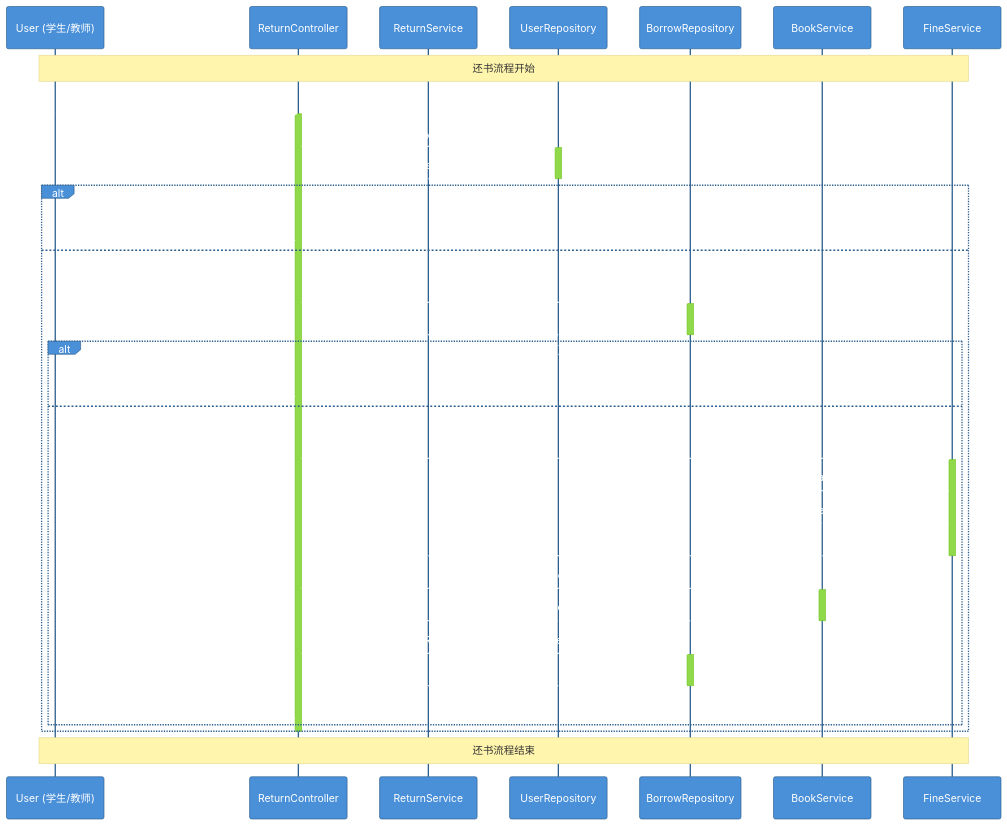
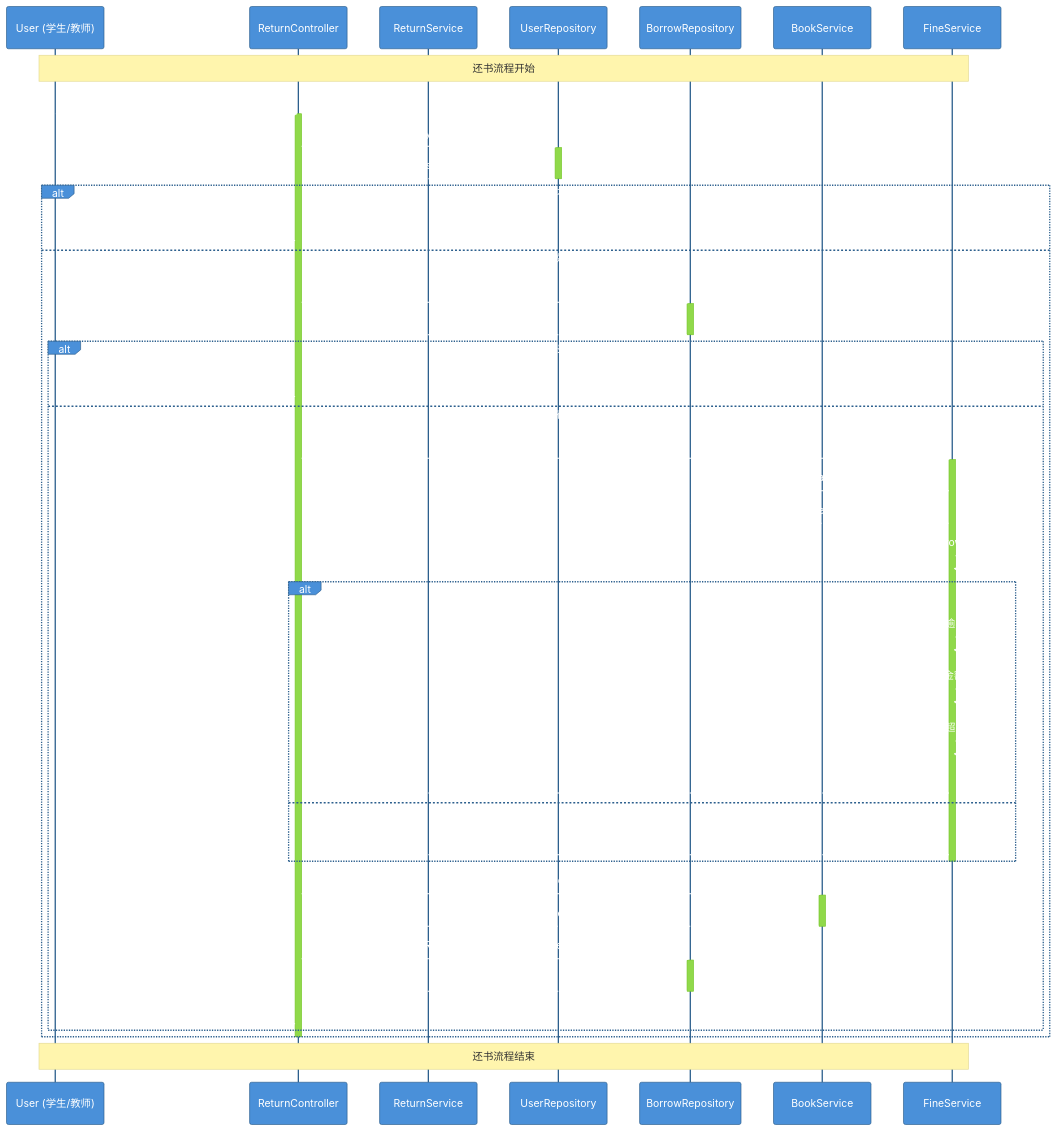
One commit to qiaob8/sqlrustgo changed the fourth of 7 diagrams in library/week-04-实验报告.md. Above: the diagram before and after it, drawn with Mermaid. The commit also changed other lines of this file, not shown here.

Commit message:
experiment: complete week-04 UML tasks

````diff
--- a/library/week-04-实验报告.md
+++ b/library/week-04-实验报告.md
@@ -279,56 +301,64 @@
 ```mermaid
 %%{init: {'theme': 'base', 'themeVariables': { 'primaryColor': '#4A90D9', 'primaryTextColor': '#fff', 'primaryBorderColor': '#2C5F8D'}}}%%
 sequenceDiagram
     participant U as User (学生/教师)
     participant RC as ReturnController
     participant RS as ReturnService
     participant UR as UserRepository
     participant BR as BorrowRepository
     participant BS as BookService
     participant FS as FineService
 
     Note over U,FS: 还书流程开始
 
     U->>RC: requestReturn(userId, copyId)
     activate RC
 
     RC->>UR: getUserById(userId)
     activate UR
     UR-->>RC: User
     deactivate UR
 
     alt 用户不存在
         RC-->>U: 返回错误: 用户无效
     else 用户有效
         RC->>BR: findByCopyId(copyId)
         activate BR
         BR-->>RC: BorrowRecord
         deactivate BR
 
         alt 借阅记录不存在
             RC-->>U: 返回错误: 借阅记录不存在
         else 借阅记录存在
             RC->>FS: calculateFine(recordId)
             activate FS
             FS->>BR: getBorrowDate(recordId)
             BR-->>FS: borrowDate, dueDate
-            FS-->>RC: fineAmount
+            FS->>FS: isOverdue(borrowDate, dueDate)
+            alt 已逾期
+                FS->>FS: 计算逾期天数
+                FS->>FS: 计算罚款金额(0.1元/天)
+                FS->>FS: 检查是否超过图书原价
+                FS-->>RC: fineAmount
+            else 未逾期
+                FS-->>RC: 0.0
+            end
             deactivate FS
 
             RC->>BS: updateStatus(copyId, Available)
             activate BS
             BS-->>RC: updateResult
             deactivate BS
 
             RC->>BR: createReturnRecord(recordId, returnDate, fineAmount)
             activate BR
             BR-->>RC: ReturnRecord
             deactivate BR
 
             RC-->>U: 返回成功: 还书成功，罚款: ¥{fineAmount}
         end
     end
 
     deactivate RC
     Note over U,FS: 还书流程结束
 ```
````
